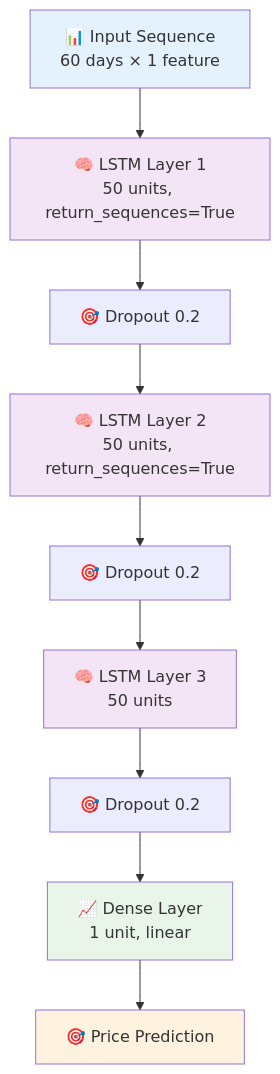
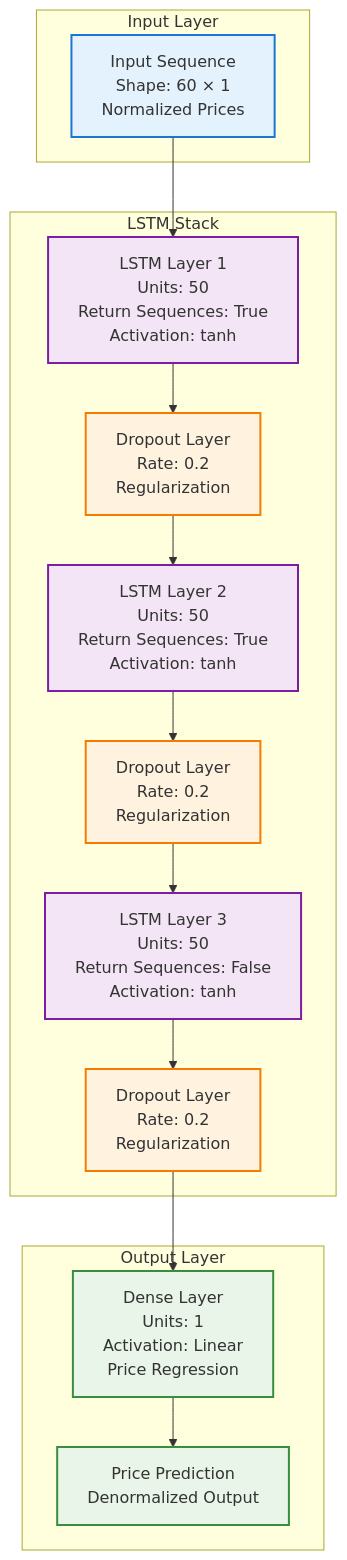
Before and after one commit to PauloGuedes2/tech4: the second of 6 diagrams in README.md, drawn with Mermaid. The commit also changed other lines of this file, not shown here.

````diff
--- a/README.md
+++ b/README.md
@@ -211,18 +230,41 @@
-```mermaid 
-   graph TD
-       Input[📊 Input Sequence<br/>60 days × 1 feature] --> LSTM1[🧠 LSTM Layer 1<br/>50 units, return_sequences=True]
-       LSTM1 --> Drop1[🎯 Dropout 0.2]
-       Drop1 --> LSTM2[🧠 LSTM Layer 2<br/>50 units, return_sequences=True]
-       LSTM2 --> Drop2[🎯 Dropout 0.2]
-       Drop2 --> LSTM3[🧠 LSTM Layer 3<br/>50 units]
-       LSTM3 --> Drop3[🎯 Dropout 0.2]
-       Drop3 --> Dense[📈 Dense Layer<br/>1 unit, linear]
-       Dense --> Output[🎯 Price Prediction]
-       
-       style Input fill:#e3f2fd
-       style LSTM1 fill:#f3e5f5
-       style LSTM2 fill:#f3e5f5
-       style LSTM3 fill:#f3e5f5
-       style Dense fill:#e8f5e8
-       style Output fill:#fff3e0
+```mermaid
+graph TD
+    subgraph "Input Layer"
+        Input[Input Sequence<br/>Shape: 60 × 1<br/>Normalized Prices]
+    end
+    
+    subgraph "LSTM Stack"
+        LSTM1[LSTM Layer 1<br/>Units: 50<br/>Return Sequences: True<br/>Activation: tanh]
+        Drop1[Dropout Layer<br/>Rate: 0.2<br/>Regularization]
+        
+        LSTM2[LSTM Layer 2<br/>Units: 50<br/>Return Sequences: True<br/>Activation: tanh]
+        Drop2[Dropout Layer<br/>Rate: 0.2<br/>Regularization]
+        
+        LSTM3[LSTM Layer 3<br/>Units: 50<br/>Return Sequences: False<br/>Activation: tanh]
+        Drop3[Dropout Layer<br/>Rate: 0.2<br/>Regularization]
+    end
+    
+    subgraph "Output Layer"
+        Dense[Dense Layer<br/>Units: 1<br/>Activation: Linear<br/>Price Regression]
+        Output[Price Prediction<br/>Denormalized Output]
+    end
+    
+    Input --> LSTM1
+    LSTM1 --> Drop1
+    Drop1 --> LSTM2
+    LSTM2 --> Drop2
+    Drop2 --> LSTM3
+    LSTM3 --> Drop3
+    Drop3 --> Dense
+    Dense --> Output
+    
+    classDef inputLayer fill:#e3f2fd,stroke:#1976d2,stroke-width:2px
+    classDef lstmLayer fill:#f3e5f5,stroke:#7b1fa2,stroke-width:2px
+    classDef dropoutLayer fill:#fff3e0,stroke:#f57c00,stroke-width:2px
+    classDef outputLayer fill:#e8f5e8,stroke:#388e3c,stroke-width:2px
+    
+    class Input inputLayer
+    class LSTM1,LSTM2,LSTM3 lstmLayer
+    class Drop1,Drop2,Drop3 dropoutLayer
+    class Dense,Output outputLayer
 ```
````
